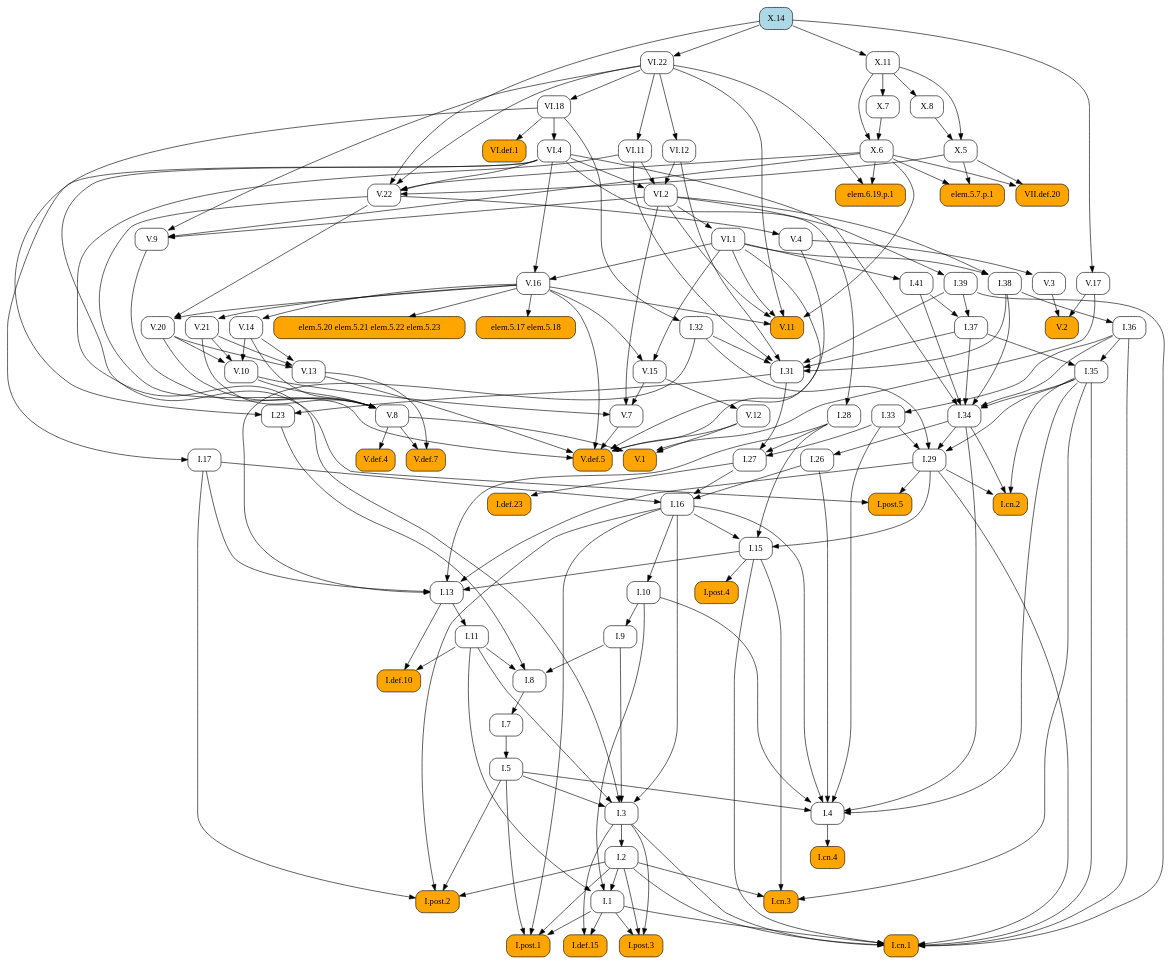
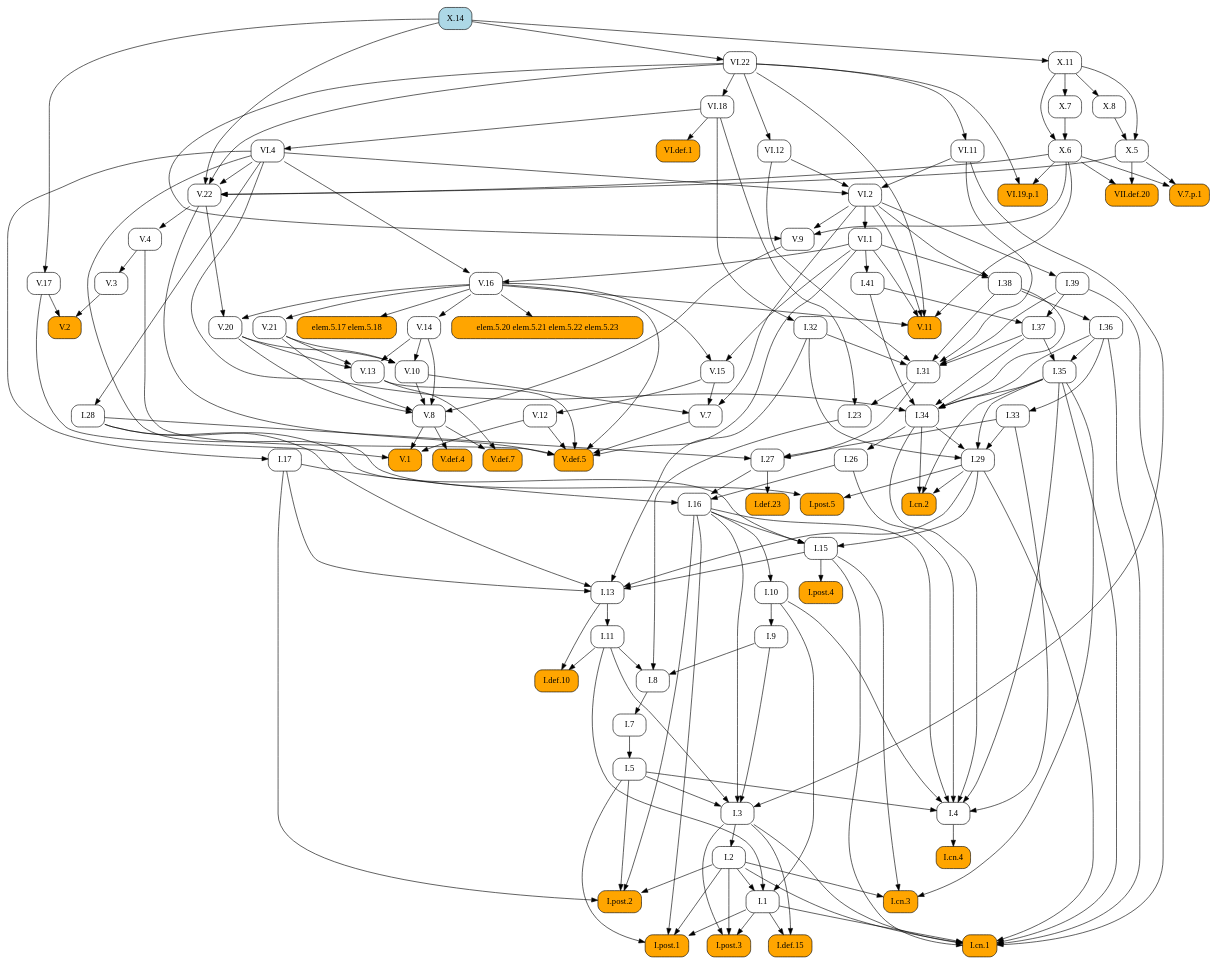
The diagram in docsrc/heath/X/14/index.rst (geometor/elements), drawn with Graphviz before and after one commit. The commit also changed 484 other files, not shown here.

```diff
--- a/docsrc/heath/X/14/index.rst
+++ b/docsrc/heath/X/14/index.rst
@@ -47,96 +47,200 @@
    digraph {
      rankdir="TB";
      node [shape=box, style=rounded];
+     "I.23" [URL="/heath/I/23/", target="_top"];
+     "I.9" [URL="/heath/I/9/", target="_top"];
+     "VI.def.1" [style="rounded,filled", fillcolor=orange, URL="/heath/VI/def.1/", target="_top"];
+     "V.13" [URL="/heath/V/13/", target="_top"];
+     "I.def.15" [style="rounded,filled", fillcolor=orange, URL="/heath/I/def.15/", target="_top"];
+     "V.7" [URL="/heath/V/7/", target="_top"];
+     "elem.5.17 elem.5.18" [style="rounded,filled", fillcolor=orange];
+     "V.7.p.1" [style="rounded,filled", fillcolor=orange];
+     "I.post.1" [style="rounded,filled", fillcolor=orange, URL="/heath/I/post.1/", target="_top"];
+     "V.14" [URL="/heath/V/14/", target="_top"];
+     "X.6" [URL="/heath/X/6/", target="_top"];
+     "V.9" [URL="/heath/V/9/", target="_top"];
+     "I.31" [URL="/heath/I/31/", target="_top"];
+     "V.10" [URL="/heath/V/10/", target="_top"];
      "I.def.10" [style="rounded,filled", fillcolor=orange, URL="/heath/I/def.10/", target="_top"];
+     "V.4" [URL="/heath/V/4/", target="_top"];
+     "VI.1" [URL="/heath/VI/1/", target="_top"];
+     "I.39" [URL="/heath/I/39/", target="_top"];
+     "V.11" [style="rounded,filled", fillcolor=orange, URL="/heath/V/11/", target="_top"];
+     "V.17" [URL="/heath/V/17/", target="_top"];
+     "I.34" [URL="/heath/I/34/", target="_top"];
+     "VII.def.20" [style="rounded,filled", fillcolor=orange, URL="/heath/VII/def.20/", target="_top"];
+     "I.3" [URL="/heath/I/3/", target="_top"];
+     "V.def.4" [style="rounded,filled", fillcolor=orange, URL="/heath/V/def.4/", target="_top"];
+     "V.def.7" [style="rounded,filled", fillcolor=orange, URL="/heath/V/def.7/", target="_top"];
+     "I.2" [URL="/heath/I/2/", target="_top"];
+     "V.21" [URL="/heath/V/21/", target="_top"];
+     "V.3" [URL="/heath/V/3/", target="_top"];
+     "I.13" [URL="/heath/I/13/", target="_top"];
+     "I.post.4" [style="rounded,filled", fillcolor=orange, URL="/heath/I/post.4/", target="_top"];
+     "I.4" [URL="/heath/I/4/", target="_top"];
+     "I.1" [URL="/heath/I/1/", target="_top"];
+     "I.8" [URL="/heath/I/8/", target="_top"];
+     "I.17" [URL="/heath/I/17/", target="_top"];
+     "VI.22" [URL="/heath/VI/22/", target="_top"];
+     "I.29" [URL="/heath/I/29/", target="_top"];
+     "V.8" [URL="/heath/V/8/", target="_top"];
+     "I.38" [URL="/heath/I/38/", target="_top"];
+     "I.15" [URL="/heath/I/15/", target="_top"];
+     "I.10" [URL="/heath/I/10/", target="_top"];
      "I.11" [URL="/heath/I/11/", target="_top"];
-     "I.post.4" [style="rounded,filled", fillcolor=orange, URL="/heath/I/post.4/", target="_top"];
-     "I.28" [URL="/heath/I/28/", target="_top"];
-     "I.1" [URL="/heath/I/1/", target="_top"];
-     "VI.18" [URL="/heath/VI/18/", target="_top"];
-     "V.def.5" [style="rounded,filled", fillcolor=orange, URL="/heath/V/def.5/", target="_top"];
-     "V.13" [URL="/heath/V/13/", target="_top"];
-     "V.11" [style="rounded,filled", fillcolor=orange, URL="/heath/V/11/", target="_top"];
-     "I.post.3" [style="rounded,filled", fillcolor=orange, URL="/heath/I/post.3/", target="_top"];
-     "VI.1" [URL="/heath/VI/1/", target="_top"];
-     "I.cn.3" [style="rounded,filled", fillcolor=orange, URL="/heath/I/cn.3/", target="_top"];
-     "V.16" [URL="/heath/V/16/", target="_top"];
-     "VI.11" [URL="/heath/VI/11/", target="_top"];
-     "VI.4" [URL="/heath/VI/4/", target="_top"];
-     "V.3" [URL="/heath/V/3/", target="_top"];
-     "X.7" [URL="/heath/X/7/", target="_top"];
-     "I.36" [URL="/heath/I/36/", target="_top"];
-     "V.8" [URL="/heath/V/8/", target="_top"];
-     "I.27" [URL="/heath/I/27/", target="_top"];
-     "I.41" [URL="/heath/I/41/", target="_top"];
-     "I.37" [URL="/heath/I/37/", target="_top"];
-     "I.34" [URL="/heath/I/34/", target="_top"];
-     "I.2" [URL="/heath/I/2/", target="_top"];
      "I.def.23" [style="rounded,filled", fillcolor=orange, URL="/heath/I/def.23/", target="_top"];
      "X.14" [style="rounded,filled", fillcolor=lightblue, URL="/heath/X/14/", target="_top"];
-     "I.17" [URL="/heath/I/17/", target="_top"];
+     "VI.4" [URL="/heath/VI/4/", target="_top"];
+     "I.26" [URL="/heath/I/26/", target="_top"];
+     "V.16" [URL="/heath/V/16/", target="_top"];
      "I.33" [URL="/heath/I/33/", target="_top"];
+     "I.32" [URL="/heath/I/32/", target="_top"];
+     "X.11" [URL="/heath/X/11/", target="_top"];
+     "X.8" [URL="/heath/X/8/", target="_top"];
+     "I.post.3" [style="rounded,filled", fillcolor=orange, URL="/heath/I/post.3/", target="_top"];
+     "V.def.5" [style="rounded,filled", fillcolor=orange, URL="/heath/V/def.5/", target="_top"];
+     "V.20" [URL="/heath/V/20/", target="_top"];
+     "I.27" [URL="/heath/I/27/", target="_top"];
+     "V.12" [URL="/heath/V/12/", target="_top"];
+     "I.35" [URL="/heath/I/35/", target="_top"];
+     "I.cn.1" [style="rounded,filled", fillcolor=orange, URL="/heath/I/cn.1/", target="_top"];
+     "V.2" [style="rounded,filled", fillcolor=orange, URL="/heath/V/2/", target="_top"];
+     "I.7" [URL="/heath/I/7/", target="_top"];
+     "I.36" [URL="/heath/I/36/", target="_top"];
+     "X.5" [URL="/heath/X/5/", target="_top"];
+     "I.5" [URL="/heath/I/5/", target="_top"];
+     "I.37" [URL="/heath/I/37/", target="_top"];
+     "VI.19.p.1" [style="rounded,filled", fillcolor=orange];
+     "I.cn.3" [style="rounded,filled", fillcolor=orange, URL="/heath/I/cn.3/", target="_top"];
+     "I.16" [URL="/heath/I/16/", target="_top"];
+     "X.7" [URL="/heath/X/7/", target="_top"];
+     "VI.18" [URL="/heath/VI/18/", target="_top"];
+     "V.1" [style="rounded,filled", fillcolor=orange, URL="/heath/V/1/", target="_top"];
+     "V.22" [URL="/heath/V/22/", target="_top"];
+     "VI.12" [URL="/heath/VI/12/", target="_top"];
+     "I.cn.2" [style="rounded,filled", fillcolor=orange, URL="/heath/I/cn.2/", target="_top"];
+     "I.post.5" [style="rounded,filled", fillcolor=orange, URL="/heath/I/post.5/", target="_top"];
+     "VI.2" [URL="/heath/VI/2/", target="_top"];
+     "I.28" [URL="/heath/I/28/", target="_top"];
+     "I.cn.4" [style="rounded,filled", fillcolor=orange, URL="/heath/I/cn.4/", target="_top"];
+     "V.15" [URL="/heath/V/15/", target="_top"];
      "I.post.2" [style="rounded,filled", fillcolor=orange, URL="/heath/I/post.2/", target="_top"];
-     "VI.def.1" [style="rounded,filled", fillcolor=orange, URL="/heath/VI/def.1/", target="_top"];
+     "I.41" [URL="/heath/I/41/", target="_top"];
+     "VI.11" [URL="/heath/VI/11/", target="_top"];
      "elem.5.20 elem.5.21 elem.5.22 elem.5.23" [style="rounded,filled", fillcolor=orange];
-     "VI.22" [URL="/heath/VI/22/", target="_top"];
-     "I.9" [URL="/heath/I/9/", target="_top"];
-     "I.32" [URL="/heath/I/32/", target="_top"];
-     "V.def.4" [style="rounded,filled", fillcolor=orange, URL="/heath/V/def.4/", target="_top"];
-     "I.cn.4" [style="rounded,filled", fillcolor=orange, URL="/heath/I/cn.4/", target="_top"];
-     "I.15" [URL="/heath/I/15/", target="_top"];
-     "I.38" [URL="/heath/I/38/", target="_top"];
-     "V.def.7" [style="rounded,filled", fillcolor=orange, URL="/heath/V/def.7/", target="_top"];
-     "VII.def.20" [style="rounded,filled", fillcolor=orange, URL="/heath/VII/def.20/", target="_top"];
-     "I.5" [URL="/heath/I/5/", target="_top"];
-     "V.21" [URL="/heath/V/21/", target="_top"];
-     "I.39" [URL="/heath/I/39/", target="_top"];
-     "VI.12" [URL="/heath/VI/12/", target="_top"];
-     "I.26" [URL="/heath/I/26/", target="_top"];
-     "V.14" [URL="/heath/V/14/", target="_top"];
-     "I.29" [URL="/heath/I/29/", target="_top"];
-     "V.12" [URL="/heath/V/12/", target="_top"];
-     "V.22" [URL="/heath/V/22/", target="_top"];
-     "I.cn.2" [style="rounded,filled", fillcolor=orange, URL="/heath/I/cn.2/", target="_top"];
-     "X.6" [URL="/heath/X/6/", target="_top"];
-     "V.20" [URL="/heath/V/20/", target="_top"];
-     "X.8" [URL="/heath/X/8/", target="_top"];
-     "V.10" [URL="/heath/V/10/", target="_top"];
-     "VI.2" [URL="/heath/VI/2/", target="_top"];
-     "I.def.15" [style="rounded,filled", fillcolor=orange, URL="/heath/I/def.15/", target="_top"];
-     "V.15" [URL="/heath/V/15/", target="_top"];
-     "I.cn.1" [style="rounded,filled", fillcolor=orange, URL="/heath/I/cn.1/", target="_top"];
-     "V.7" [URL="/heath/V/7/", target="_top"];
-     "V.9" [URL="/heath/V/9/", target="_top"];
-     "I.23" [URL="/heath/I/23/", target="_top"];
-     "I.post.1" [style="rounded,filled", fillcolor=orange, URL="/heath/I/post.1/", target="_top"];
-     "elem.6.19.p.1" [style="rounded,filled", fillcolor=orange];
-     "I.35" [URL="/heath/I/35/", target="_top"];
-     "I.7" [URL="/heath/I/7/", target="_top"];
-     "I.3" [URL="/heath/I/3/", target="_top"];
-     "I.4" [URL="/heath/I/4/", target="_top"];
-     "V.17" [URL="/heath/V/17/", target="_top"];
-     "I.13" [URL="/heath/I/13/", target="_top"];
-     "V.4" [URL="/heath/V/4/", target="_top"];
-     "elem.5.7.p.1" [style="rounded,filled", fillcolor=orange];
-     "I.31" [URL="/heath/I/31/", target="_top"];
-     "V.1" [style="rounded,filled", fillcolor=orange, URL="/heath/V/1/", target="_top"];
-     "I.16" [URL="/heath/I/16/", target="_top"];
-     "elem.5.17 elem.5.18" [style="rounded,filled", fillcolor=orange];
-     "X.5" [URL="/heath/X/5/", target="_top"];
-     "X.11" [URL="/heath/X/11/", target="_top"];
-     "I.8" [URL="/heath/I/8/", target="_top"];
-     "V.2" [style="rounded,filled", fillcolor=orange, URL="/heath/V/2/", target="_top"];
-     "I.post.5" [style="rounded,filled", fillcolor=orange, URL="/heath/I/post.5/", target="_top"];
-     "I.10" [URL="/heath/I/10/", target="_top"];
+     "I.31" -> "I.23";
+     "VI.18" -> "I.23";
+     "I.10" -> "I.9";
+     "VI.18" -> "VI.def.1";
+     "V.14" -> "V.13";
+     "V.20" -> "V.13";
+     "V.21" -> "V.13";
+     "I.1" -> "I.def.15";
+     "I.3" -> "I.def.15";
+     "V.10" -> "V.7";
+     "V.15" -> "V.7";
+     "VI.2" -> "V.7";
+     "V.16" -> "elem.5.17 elem.5.18";
+     "X.5" -> "V.7.p.1";
+     "X.6" -> "V.7.p.1";
+     "I.1" -> "I.post.1";
+     "I.2" -> "I.post.1";
+     "I.5" -> "I.post.1";
+     "I.16" -> "I.post.1";
+     "V.16" -> "V.14";
+     "X.7" -> "X.6";
+     "X.11" -> "X.6";
+     "VI.2" -> "V.9";
+     "VI.22" -> "V.9";
+     "X.6" -> "V.9";
+     "I.32" -> "I.31";
+     "I.37" -> "I.31";
+     "I.38" -> "I.31";
+     "I.39" -> "I.31";
+     "VI.11" -> "I.31";
+     "VI.12" -> "I.31";
+     "V.14" -> "V.10";
+     "V.20" -> "V.10";
+     "V.21" -> "V.10";
      "I.11" -> "I.def.10";
      "I.13" -> "I.def.10";
-     "I.13" -> "I.11";
+     "V.22" -> "V.4";
+     "VI.2" -> "VI.1";
+     "VI.2" -> "I.39";
+     "V.16" -> "V.11";
+     "VI.1" -> "V.11";
+     "VI.2" -> "V.11";
+     "VI.22" -> "V.11";
+     "X.6" -> "V.11";
+     "X.14" -> "V.17";
+     "I.35" -> "I.34";
+     "I.36" -> "I.34";
+     "I.37" -> "I.34";
+     "I.38" -> "I.34";
+     "I.41" -> "I.34";
+     "VI.4" -> "I.34";
+     "X.5" -> "VII.def.20";
+     "X.6" -> "VII.def.20";
+     "I.5" -> "I.3";
+     "I.9" -> "I.3";
+     "I.11" -> "I.3";
+     "I.16" -> "I.3";
+     "VI.11" -> "I.3";
+     "V.8" -> "V.def.4";
+     "V.8" -> "V.def.7";
+     "V.13" -> "V.def.7";
+     "I.3" -> "I.2";
+     "V.16" -> "V.21";
+     "V.4" -> "V.3";
+     "I.15" -> "I.13";
+     "I.17" -> "I.13";
+     "I.28" -> "I.13";
+     "I.29" -> "I.13";
+     "I.32" -> "I.13";
      "I.15" -> "I.post.4";
-     "VI.4" -> "I.28";
+     "I.5" -> "I.4";
+     "I.10" -> "I.4";
+     "I.16" -> "I.4";
+     "I.26" -> "I.4";
+     "I.33" -> "I.4";
+     "I.34" -> "I.4";
+     "I.35" -> "I.4";
      "I.2" -> "I.1";
      "I.10" -> "I.1";
      "I.11" -> "I.1";
-     "VI.22" -> "VI.18";
+     "I.9" -> "I.8";
+     "I.11" -> "I.8";
+     "I.23" -> "I.8";
+     "VI.4" -> "I.17";
+     "X.14" -> "VI.22";
+     "I.32" -> "I.29";
+     "I.33" -> "I.29";
+     "I.34" -> "I.29";
+     "I.35" -> "I.29";
+     "V.9" -> "V.8";
+     "V.10" -> "V.8";
+     "V.14" -> "V.8";
+     "V.20" -> "V.8";
+     "V.21" -> "V.8";
+     "VI.1" -> "I.38";
+     "VI.2" -> "I.38";
+     "I.16" -> "I.15";
+     "I.28" -> "I.15";
+     "I.29" -> "I.15";
+     "I.16" -> "I.10";
+     "I.13" -> "I.11";
+     "I.27" -> "I.def.23";
+     "VI.18" -> "VI.4";
+     "I.34" -> "I.26";
+     "VI.1" -> "V.16";
+     "VI.4" -> "V.16";
+     "I.36" -> "I.33";
+     "VI.18" -> "I.32";
+     "X.14" -> "X.11";
+     "X.11" -> "X.8";
+     "I.1" -> "I.post.3";
+     "I.2" -> "I.post.3";
+     "I.3" -> "I.post.3";
      "V.4" -> "V.def.5";
      "V.7" -> "V.def.5";
      "V.12" -> "V.def.5";
@@ -144,103 +248,14 @@
      "V.16" -> "V.def.5";
      "V.22" -> "V.def.5";
      "VI.1" -> "V.def.5";
-     "V.14" -> "V.13";
-     "V.20" -> "V.13";
-     "V.21" -> "V.13";
-     "V.16" -> "V.11";
-     "VI.1" -> "V.11";
-     "VI.2" -> "V.11";
-     "VI.22" -> "V.11";
-     "X.6" -> "V.11";
-     "I.1" -> "I.post.3";
-     "I.2" -> "I.post.3";
-     "I.3" -> "I.post.3";
-     "VI.2" -> "VI.1";
-     "I.2" -> "I.cn.3";
-     "I.15" -> "I.cn.3";
-     "I.35" -> "I.cn.3";
-     "VI.1" -> "V.16";
-     "VI.4" -> "V.16";
-     "VI.22" -> "VI.11";
-     "VI.18" -> "VI.4";
-     "V.4" -> "V.3";
-     "X.11" -> "X.7";
-     "I.38" -> "I.36";
-     "V.9" -> "V.8";
-     "V.10" -> "V.8";
-     "V.14" -> "V.8";
-     "V.20" -> "V.8";
-     "V.21" -> "V.8";
+     "V.16" -> "V.20";
+     "V.22" -> "V.20";
      "I.28" -> "I.27";
      "I.31" -> "I.27";
      "I.33" -> "I.27";
-     "VI.1" -> "I.41";
-     "I.39" -> "I.37";
-     "I.41" -> "I.37";
-     "I.35" -> "I.34";
-     "I.36" -> "I.34";
-     "I.37" -> "I.34";
-     "I.38" -> "I.34";
-     "I.41" -> "I.34";
-     "VI.4" -> "I.34";
-     "I.3" -> "I.2";
-     "I.27" -> "I.def.23";
-     "VI.4" -> "I.17";
-     "I.36" -> "I.33";
-     "I.2" -> "I.post.2";
-     "I.5" -> "I.post.2";
-     "I.16" -> "I.post.2";
-     "I.17" -> "I.post.2";
-     "VI.18" -> "VI.def.1";
-     "V.16" -> "elem.5.20 elem.5.21 elem.5.22 elem.5.23";
-     "X.14" -> "VI.22";
-     "I.10" -> "I.9";
-     "VI.18" -> "I.32";
-     "V.8" -> "V.def.4";
-     "I.4" -> "I.cn.4";
-     "I.16" -> "I.15";
-     "I.28" -> "I.15";
-     "I.29" -> "I.15";
-     "VI.1" -> "I.38";
-     "VI.2" -> "I.38";
-     "V.8" -> "V.def.7";
-     "V.13" -> "V.def.7";
-     "X.5" -> "VII.def.20";
-     "X.6" -> "VII.def.20";
-     "I.7" -> "I.5";
-     "V.16" -> "V.21";
-     "VI.2" -> "I.39";
-     "VI.22" -> "VI.12";
-     "I.34" -> "I.26";
-     "V.16" -> "V.14";
-     "I.32" -> "I.29";
-     "I.33" -> "I.29";
-     "I.34" -> "I.29";
-     "I.35" -> "I.29";
      "V.15" -> "V.12";
-     "VI.4" -> "V.22";
-     "VI.22" -> "V.22";
-     "X.5" -> "V.22";
-     "X.6" -> "V.22";
-     "X.14" -> "V.22";
-     "I.29" -> "I.cn.2";
-     "I.34" -> "I.cn.2";
-     "I.35" -> "I.cn.2";
-     "X.7" -> "X.6";
-     "X.11" -> "X.6";
-     "V.16" -> "V.20";
-     "V.22" -> "V.20";
-     "X.11" -> "X.8";
-     "V.14" -> "V.10";
-     "V.20" -> "V.10";
-     "V.21" -> "V.10";
-     "VI.4" -> "VI.2";
-     "VI.11" -> "VI.2";
-     "VI.12" -> "VI.2";
-     "I.1" -> "I.def.15";
-     "I.3" -> "I.def.15";
-     "V.16" -> "V.15";
-     "VI.1" -> "V.15";
+     "I.36" -> "I.35";
+     "I.37" -> "I.35";
      "I.1" -> "I.cn.1";
      "I.2" -> "I.cn.1";
      "I.3" -> "I.cn.1";
@@ -249,66 +264,51 @@
      "I.35" -> "I.cn.1";
      "I.36" -> "I.cn.1";
      "I.39" -> "I.cn.1";
-     "V.10" -> "V.7";
-     "V.15" -> "V.7";
-     "VI.2" -> "V.7";
-     "VI.2" -> "V.9";
-     "VI.22" -> "V.9";
-     "X.6" -> "V.9";
-     "I.31" -> "I.23";
-     "VI.18" -> "I.23";
-     "I.1" -> "I.post.1";
-     "I.2" -> "I.post.1";
-     "I.5" -> "I.post.1";
-     "I.16" -> "I.post.1";
-     "VI.22" -> "elem.6.19.p.1";
-     "X.6" -> "elem.6.19.p.1";
-     "I.36" -> "I.35";
-     "I.37" -> "I.35";
+     "V.3" -> "V.2";
+     "V.17" -> "V.2";
      "I.8" -> "I.7";
-     "I.5" -> "I.3";
-     "I.9" -> "I.3";
-     "I.11" -> "I.3";
-     "I.16" -> "I.3";
-     "VI.11" -> "I.3";
-     "I.5" -> "I.4";
-     "I.10" -> "I.4";
-     "I.16" -> "I.4";
-     "I.26" -> "I.4";
-     "I.33" -> "I.4";
-     "I.34" -> "I.4";
-     "I.35" -> "I.4";
-     "X.14" -> "V.17";
-     "I.15" -> "I.13";
-     "I.17" -> "I.13";
-     "I.28" -> "I.13";
-     "I.29" -> "I.13";
-     "I.32" -> "I.13";
-     "V.22" -> "V.4";
-     "X.5" -> "elem.5.7.p.1";
-     "X.6" -> "elem.5.7.p.1";
-     "I.32" -> "I.31";
-     "I.37" -> "I.31";
-     "I.38" -> "I.31";
-     "I.39" -> "I.31";
-     "VI.11" -> "I.31";
-     "VI.12" -> "I.31";
+     "I.38" -> "I.36";
+     "X.8" -> "X.5";
+     "X.11" -> "X.5";
+     "I.7" -> "I.5";
+     "I.39" -> "I.37";
+     "I.41" -> "I.37";
+     "VI.22" -> "VI.19.p.1";
+     "X.6" -> "VI.19.p.1";
+     "I.2" -> "I.cn.3";
+     "I.15" -> "I.cn.3";
+     "I.35" -> "I.cn.3";
+     "I.17" -> "I.16";
+     "I.26" -> "I.16";
+     "I.27" -> "I.16";
+     "X.11" -> "X.7";
+     "VI.22" -> "VI.18";
      "V.8" -> "V.1";
      "V.12" -> "V.1";
      "V.17" -> "V.1";
-     "I.17" -> "I.16";
-     "I.26" -> "I.16";
-     "I.27" -> "I.16";
-     "V.16" -> "elem.5.17 elem.5.18";
-     "X.8" -> "X.5";
-     "X.11" -> "X.5";
-     "X.14" -> "X.11";
-     "I.9" -> "I.8";
-     "I.11" -> "I.8";
-     "I.23" -> "I.8";
-     "V.3" -> "V.2";
-     "V.17" -> "V.2";
+     "VI.4" -> "V.22";
+     "VI.22" -> "V.22";
+     "X.5" -> "V.22";
+     "X.6" -> "V.22";
+     "X.14" -> "V.22";
+     "VI.22" -> "VI.12";
+     "I.29" -> "I.cn.2";
+     "I.34" -> "I.cn.2";
+     "I.35" -> "I.cn.2";
      "I.29" -> "I.post.5";
      "VI.4" -> "I.post.5";
-     "I.16" -> "I.10";
+     "VI.4" -> "VI.2";
+     "VI.11" -> "VI.2";
+     "VI.12" -> "VI.2";
+     "VI.4" -> "I.28";
+     "I.4" -> "I.cn.4";
+     "V.16" -> "V.15";
+     "VI.1" -> "V.15";
+     "I.2" -> "I.post.2";
+     "I.5" -> "I.post.2";
+     "I.16" -> "I.post.2";
+     "I.17" -> "I.post.2";
+     "VI.1" -> "I.41";
+     "VI.22" -> "VI.11";
+     "V.16" -> "elem.5.20 elem.5.21 elem.5.22 elem.5.23";
    }
```
